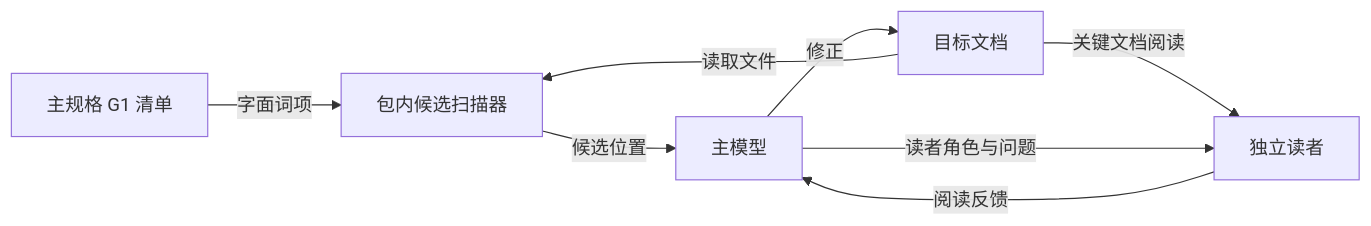
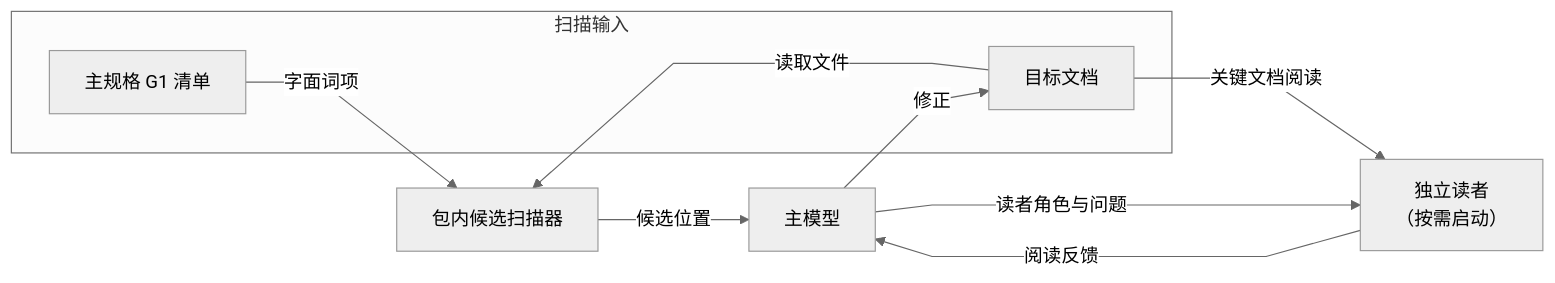
One commit to blankhoney/doc-writing changed the second of 2 diagrams in docs/guide/architecture.md. Above: the diagram before and after it, drawn with Mermaid. The commit also changed other lines of this file and 6 other files, not shown here.

First line of the commit message:
feat(skill): 委托 Mermaid 画后优化并改进架构图

````diff
--- a/docs/guide/architecture.md
+++ b/docs/guide/architecture.md
@@ -61,10 +62,15 @@
 ```mermaid
+%%{init: {"theme": "neutral", "flowchart": {"curve": "linear", "nodeSpacing": 40, "rankSpacing": 65}}}%%
 flowchart LR
-    rules[主规格 G1 清单] -->|字面词项| lint[包内候选扫描器]
-    document[目标文档] -->|读取文件| lint
-    lint -->|候选位置| model[主模型]
+    subgraph inputs["扫描输入"]
+        rules["主规格 G1 清单"]
+        document["目标文档"]
+    end
+    rules -->|字面词项| lint["包内候选扫描器"]
+    document -->|读取文件| lint
+    lint -->|候选位置| model["主模型"]
     model -->|修正| document
-    document -->|关键文档阅读| reader[独立读者]
+    document -->|关键文档阅读| reader["独立读者<br/>（按需启动）"]
     model -->|读者角色与问题| reader
     reader -->|阅读反馈| model
 ```
````
